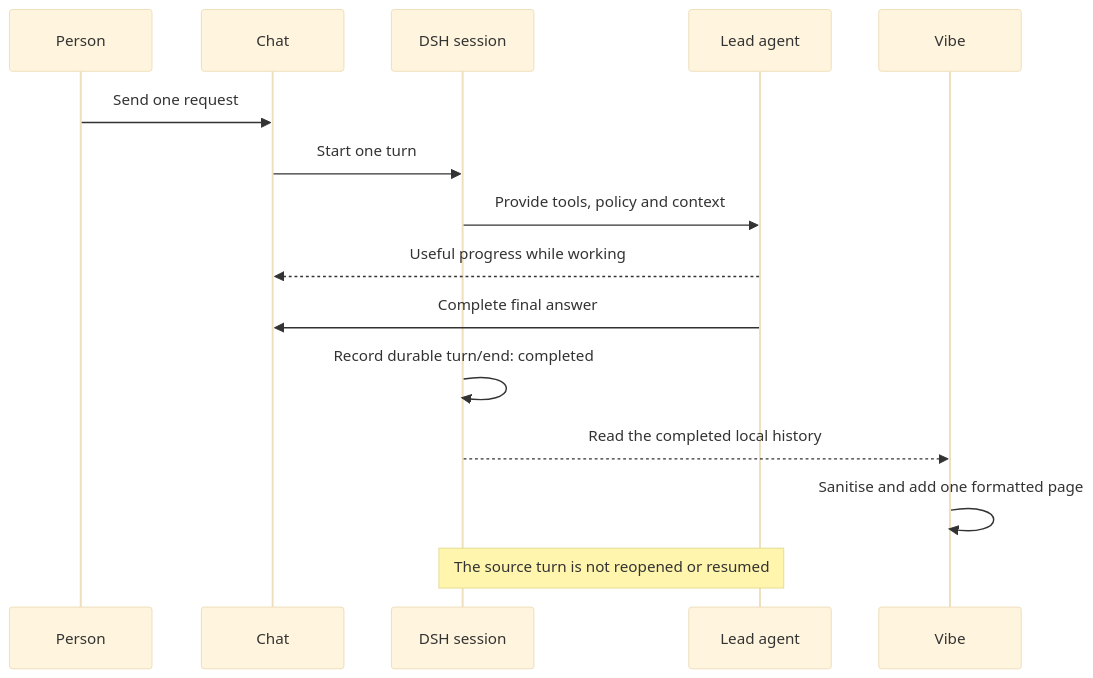
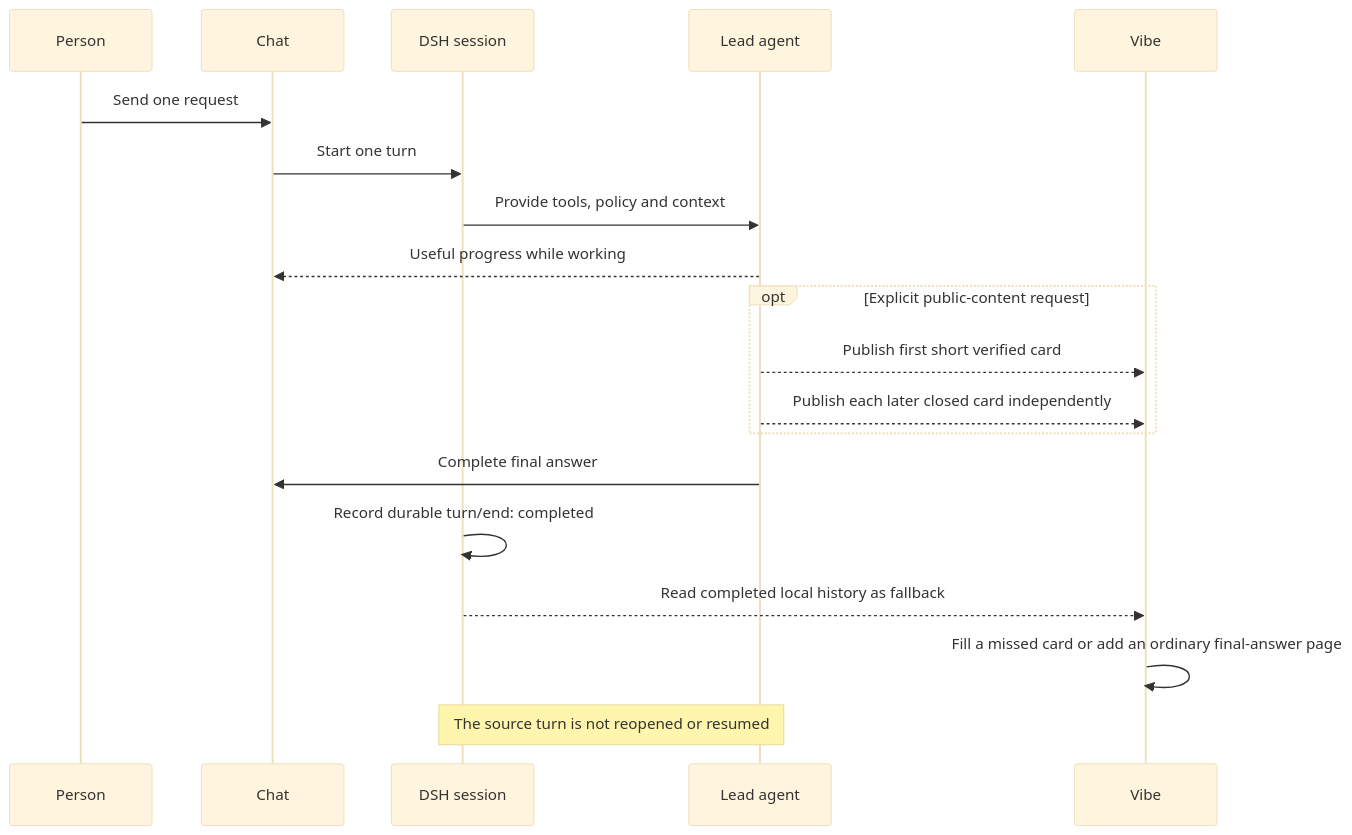
The second of 3 diagrams in docs/HOW_IT_WORKS.md (N9-Developer-Empowerment/DSH-Vibeify), drawn with Mermaid (base theme) before and after one commit. The commit also changed other lines of this file and 21 other files, not shown here.

````diff
--- a/docs/HOW_IT_WORKS.md
+++ b/docs/HOW_IT_WORKS.md
@@ -70,18 +70,22 @@
 ```mermaid
 sequenceDiagram
     participant P as Person
     participant C as Chat
     participant D as DSH session
     participant L as Lead agent
     participant V as Vibe
 
     P->>C: Send one request
     C->>D: Start one turn
     D->>L: Provide tools, policy and context
     L-->>C: Useful progress while working
+    opt Explicit public-content request
+        L-->>V: Publish first short verified card
+        L-->>V: Publish each later closed card independently
+    end
     L->>C: Complete final answer
     D->>D: Record durable turn/end: completed
-    D-->>V: Read the completed local history
-    V->>V: Sanitise and add one formatted page
+    D-->>V: Read completed local history as fallback
+    V->>V: Fill a missed card or add an ordinary final-answer page
     Note over D,L: The source turn is not reopened or resumed
 ```
````
